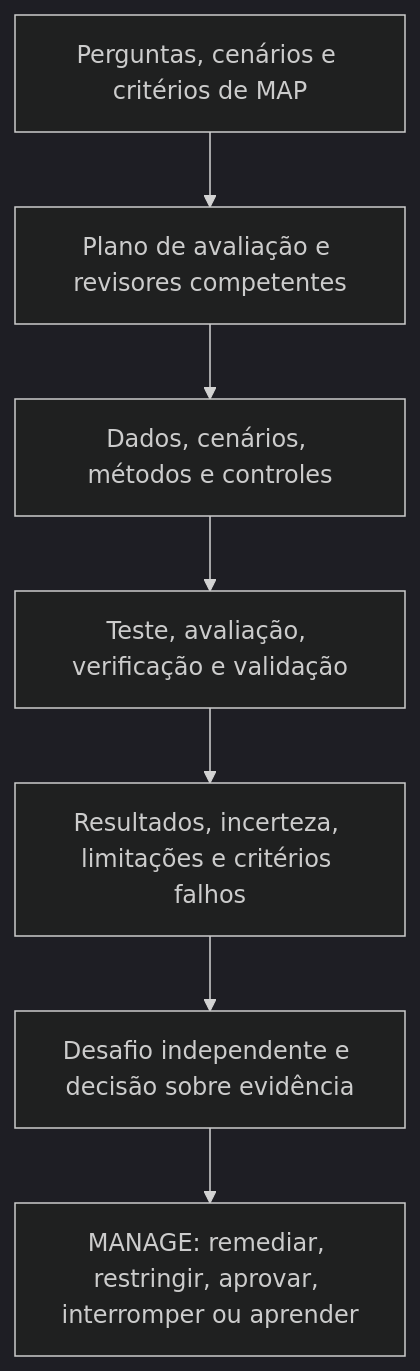
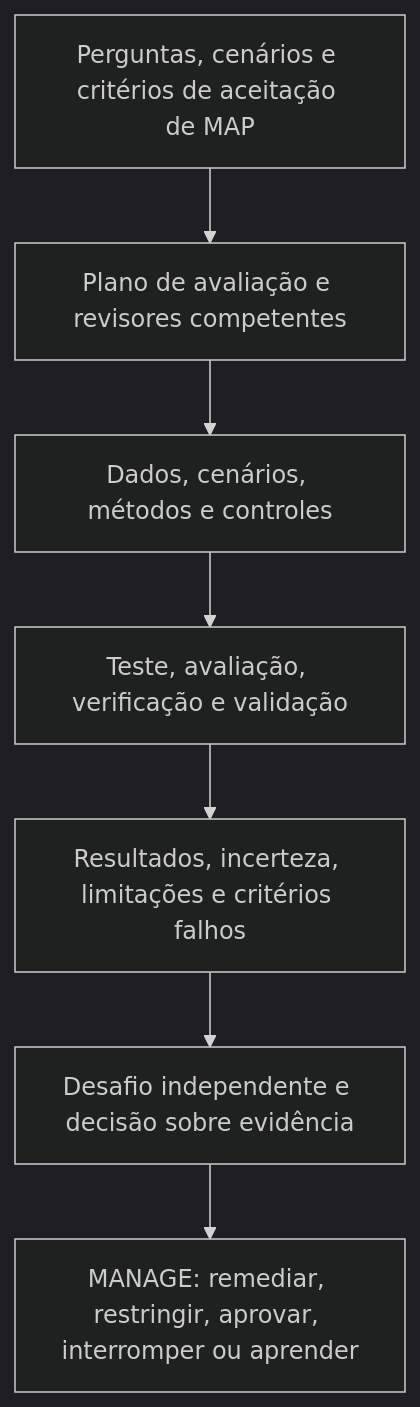
Before and after one commit to Chpmunk31456/GRC-Practical-Manuals: the first of 3 diagrams in 01-foundations/NIST_AI_RMF_1.0/pt-BR/source/03_MEASURE_CHAPTERS_17_24.md, drawn with Mermaid (dark theme). The commit also changed other lines of this file, not shown here.

````diff
--- a/01-foundations/NIST_AI_RMF_1.0/pt-BR/source/03_MEASURE_CHAPTERS_17_24.md
+++ b/01-foundations/NIST_AI_RMF_1.0/pt-BR/source/03_MEASURE_CHAPTERS_17_24.md
@@ -31,9 +35,9 @@
 ```mermaid
 flowchart TD
-    A["Perguntas, cenários e critérios de MAP"] --> B["Plano de avaliação e revisores competentes"]
+    A["Perguntas, cenários e critérios de aceitação de MAP"] --> B["Plano de avaliação e revisores competentes"]
     B --> C["Dados, cenários, métodos e controles"]
     C --> D["Teste, avaliação, verificação e validação"]
     D --> E["Resultados, incerteza, limitações e critérios falhos"]
     E --> F["Desafio independente e decisão sobre evidência"]
     F --> G["MANAGE: remediar, restringir, aprovar, interromper ou aprender"]
 ```
````
